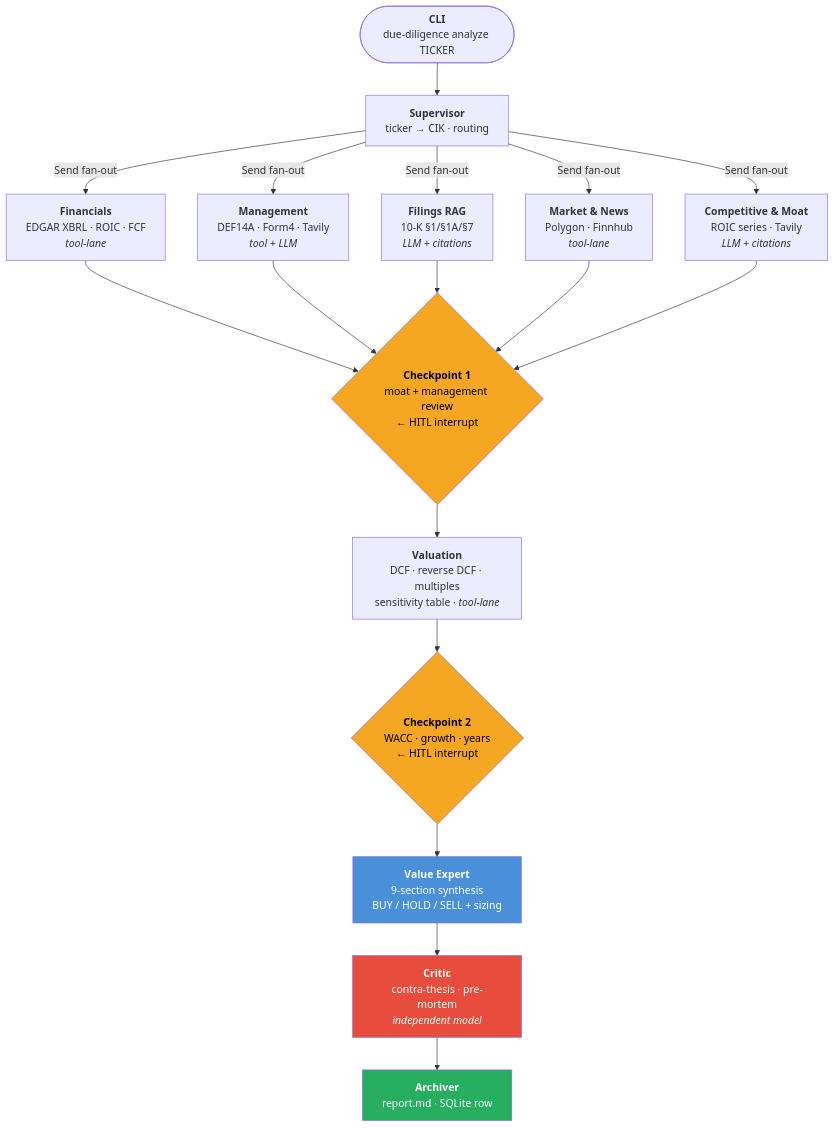
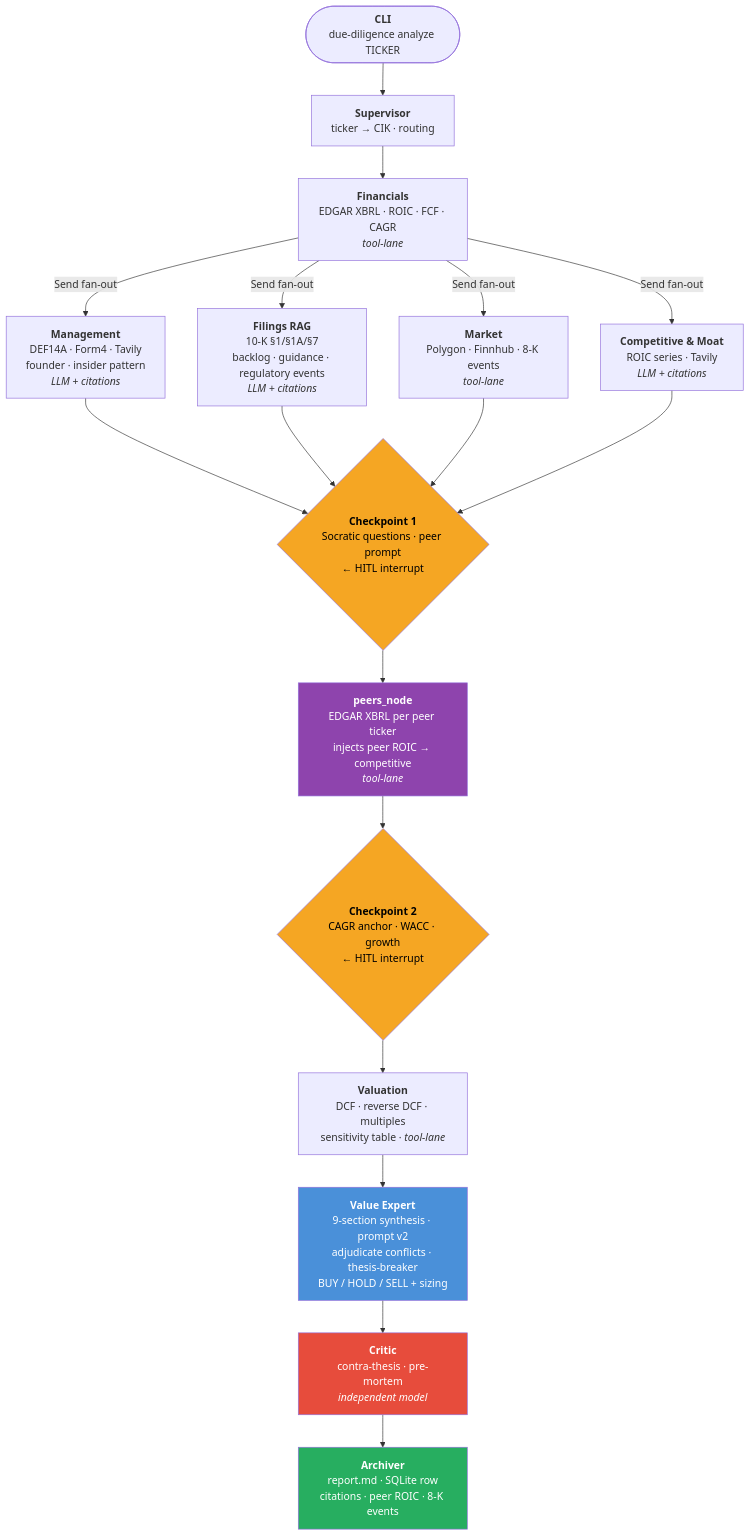
Before and after one commit to eduardo-lezama/due_dilligence_engine: the diagram in README.md, drawn with Mermaid. The commit also changed other lines of this file and 1 other file, not shown here.

Commit message:
docs: update README pipeline + diagram + structure; document peer ROIC timing bug fix

````diff
--- a/README.md
+++ b/README.md
@@ -51,52 +52,62 @@
     due-diligence analyze TICKER`"]) --> SUP
 
     SUP["`**Supervisor**
-    ticker → CIK · routing`"]
-
-    SUP -->|Send fan-out| FIN
-    SUP -->|Send fan-out| MGT
-    SUP -->|Send fan-out| FIL
-    SUP -->|Send fan-out| MKT
-    SUP -->|Send fan-out| CMP
+    ticker → CIK · routing`"] --> FIN
 
     FIN["`**Financials**
-    EDGAR XBRL · ROIC · FCF
+    EDGAR XBRL · ROIC · FCF · CAGR
     _tool-lane_`"]
+
+    FIN -->|Send fan-out| MGT
+    FIN -->|Send fan-out| FIL
+    FIN -->|Send fan-out| MKT
+    FIN -->|Send fan-out| CMP
+
     MGT["`**Management**
     DEF14A · Form4 · Tavily
-    _tool + LLM_`"]
+    founder · insider pattern
+    _LLM + citations_`"]
     FIL["`**Filings RAG**
     10-K §1/§1A/§7
+    backlog · guidance · regulatory events
     _LLM + citations_`"]
-    MKT["`**Market & News**
-    Polygon · Finnhub
+    MKT["`**Market**
+    Polygon · Finnhub · 8-K events
     _tool-lane_`"]
     CMP["`**Competitive & Moat**
     ROIC series · Tavily
     _LLM + citations_`"]
 
-    FIN & MGT & FIL & MKT & CMP --> CP1
+    MGT & FIL & MKT & CMP --> CP1
 
     CP1{"`**Checkpoint 1**
-    moat + management review
+    Socratic questions · peer prompt
     ← HITL interrupt`"}
 
-    CP1 --> VAL
+    CP1 --> PRS
+
+    PRS["`**peers_node**
+    EDGAR XBRL per peer ticker
+    injects peer ROIC → competitive
+    _tool-lane_`"]
+
+    PRS --> CP2
+
+    CP2{"`**Checkpoint 2**
+    CAGR anchor · WACC · growth
+    ← HITL interrupt`"}
+
+    CP2 --> VAL
 
     VAL["`**Valuation**
     DCF · reverse DCF · multiples
     sensitivity table · _tool-lane_`"]
 
-    VAL --> CP2
-
-    CP2{"`**Checkpoint 2**
-    WACC · growth · years
-    ← HITL interrupt`"}
-
-    CP2 --> EXP
+    VAL --> EXP
 
     EXP["`**Value Expert**
-    9-section synthesis
+    9-section synthesis · prompt v2
+    adjudicate conflicts · thesis-breaker
     BUY / HOLD / SELL + sizing`"]
 
     EXP --> CRT
@@ -108,11 +119,13 @@
     CRT --> ARC
 
     ARC["`**Archiver**
-    report.md · SQLite row`"]
+    report.md · SQLite row
+    citations · peer ROIC · 8-K events`"]
 
     style CP1 fill:#f5a623,color:#000
     style CP2 fill:#f5a623,color:#000
     style EXP fill:#4a90d9,color:#fff
     style CRT fill:#e74c3c,color:#fff
     style ARC fill:#27ae60,color:#fff
+    style PRS fill:#8e44ad,color:#fff
 ```
````
